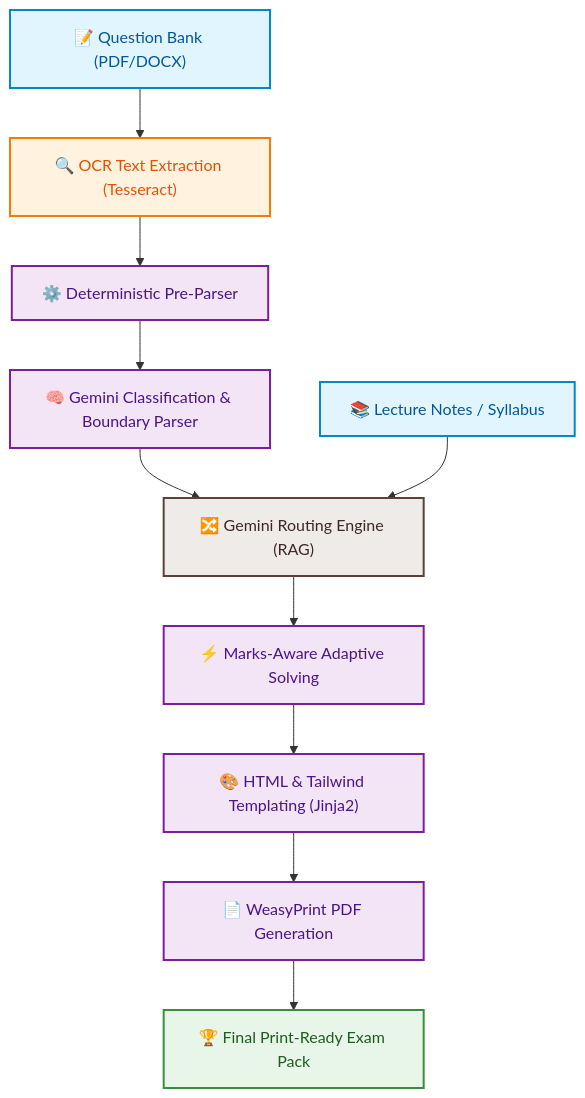
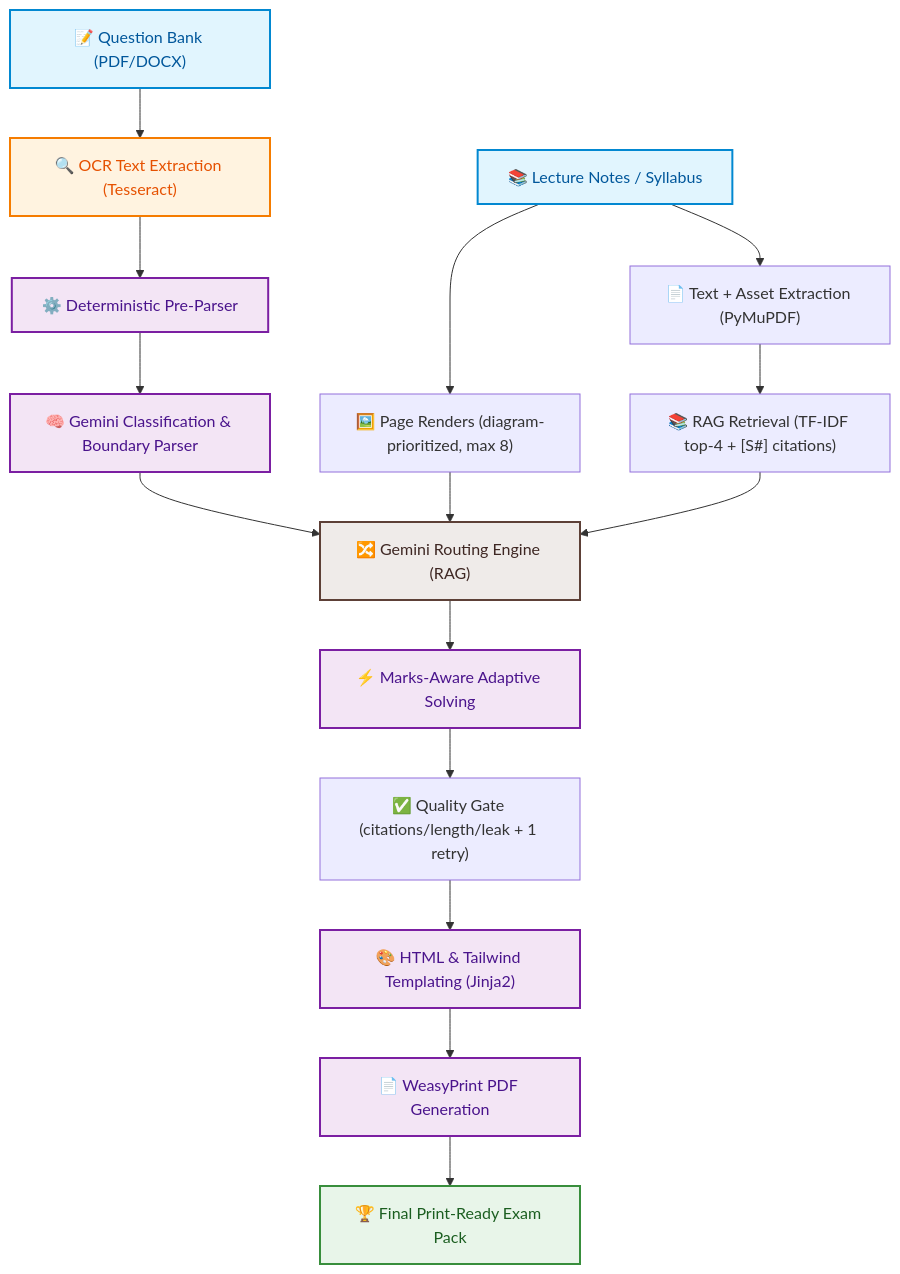
The diagram in README.md (Manoj-Kumar-V-008/exam-slayer-v2), drawn with Mermaid before and after one commit. The commit also changed other lines of this file, not shown here.

Commit message:
docs: document vision grounding, RAG citations, eval gate (Oct 2026)

````diff
--- a/README.md
+++ b/README.md
@@ -99,37 +102,42 @@
 ```mermaid
 flowchart TD
     %% Colors & Styles
     classDef input fill:#e1f5fe,stroke:#0288d1,stroke-width:2px,color:#01579b;
     classDef process fill:#f3e5f5,stroke:#7b1fa2,stroke-width:2px,color:#4a148c;
     classDef route fill:#efebe9,stroke:#5d4037,stroke-width:2px,color:#3e2723;
     classDef output fill:#e8f5e9,stroke:#388e3c,stroke-width:2px,color:#1b5e20;
     classDef ocr fill:#fff3e0,stroke:#f57c00,stroke-width:2px,color:#e65100;
 
     %% Nodes
     QB["📝 Question Bank (PDF/DOCX)"]:::input
     Notes["📚 Lecture Notes / Syllabus"]:::input
     
     OCR["🔍 OCR Text Extraction (Tesseract)"]:::ocr
     Parser["⚙️ Deterministic Pre-Parser"]:::process
     Classify["🧠 Gemini Classification & Boundary Parser"]:::process
     
     Router["🔀 Gemini Routing Engine (RAG)"]:::route
     
     Solve["⚡ Marks-Aware Adaptive Solving"]:::process
     Render["🎨 HTML & Tailwind Templating (Jinja2)"]:::process
     Weasy["📄 WeasyPrint PDF Generation"]:::process
     
     Pack["🏆 Final Print-Ready Exam Pack"]:::output
 
     %% Connections
     QB --> OCR
     OCR --> Parser
     Parser --> Classify
     Classify --> Router
     
-    Notes --> Router
+    Notes --> TextExtract["📄 Text + Asset Extraction (PyMuPDF)"]
+    Notes --> Vision["🖼️ Page Renders (diagram-prioritized, max 8)"]
+    TextExtract --> RAG["📚 RAG Retrieval (TF-IDF top-4 + [S#] citations)"]
+    Vision --> Router
+    RAG --> Router
     Router --> Solve
-    Solve --> Render
+    Solve --> Eval["✅ Quality Gate (citations/length/leak + 1 retry)"]
+    Eval --> Render
     Render --> Weasy
     Weasy --> Pack
 ```
````
